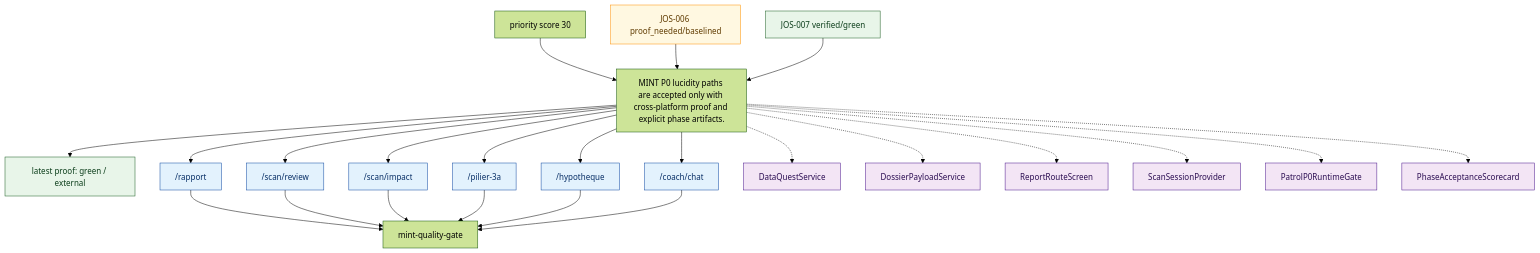
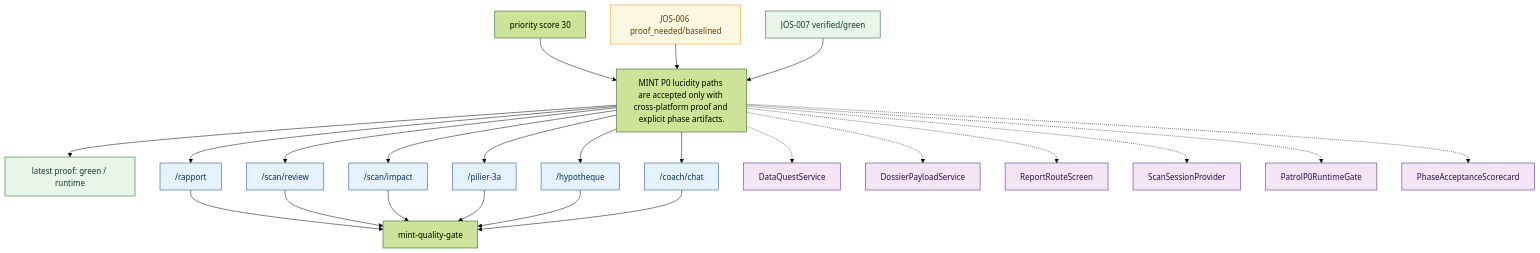
Before and after one commit to MINT-IA/MINT: the diagram in .planning/journeys/diagrams/mint_lucidity_p0_acceptance.mmd, drawn with Mermaid (forest theme). The commit also changed 8 other files, not shown here.

```diff
--- a/.planning/journeys/diagrams/mint_lucidity_p0_acceptance.mmd
+++ b/.planning/journeys/diagrams/mint_lucidity_p0_acceptance.mmd
@@ -1,65 +1,65 @@
 %% Generated from .planning/journeys/records/mint_lucidity_p0_acceptance.json
 flowchart TD
   promise["MINT P0 lucidity paths are accepted only with cross-platform proof and explicit phase artifacts."]
   team["mint-quality-gate"]
-  latest["latest proof: green / external"]
+  latest["latest proof: green / runtime"]
   promise --> latest
   classDef green fill:#e8f5e9,stroke:#1b5e20,color:#0b3d1a;
   classDef red fill:#ffebee,stroke:#b71c1c,color:#5f1111;
   classDef amber fill:#fff8e1,stroke:#ff8f00,color:#5f3b00;
   classDef blocked fill:#eceff1,stroke:#455a64,color:#263238;
   classDef neutral fill:#f5f5f5,stroke:#616161,color:#212121;
   classDef route fill:#e3f2fd,stroke:#0d47a1,color:#082f66;
   classDef surface fill:#f3e5f5,stroke:#4a148c,color:#2b0d52;
   classDef api fill:#e0f2f1,stroke:#00695c,color:#003d35;
   class latest green
   priority["priority score 30"]
   priority --> promise
   route_rapport["/rapport"]
   promise --> route_rapport
   route_rapport --> team
   class route_rapport route
   route_scan_review["/scan/review"]
   promise --> route_scan_review
   route_scan_review --> team
   class route_scan_review route
   route_scan_impact["/scan/impact"]
   promise --> route_scan_impact
   route_scan_impact --> team
   class route_scan_impact route
   route_pilier_3a["/pilier-3a"]
   promise --> route_pilier_3a
   route_pilier_3a --> team
   class route_pilier_3a route
   route_hypotheque["/hypotheque"]
   promise --> route_hypotheque
   route_hypotheque --> team
   class route_hypotheque route
   route_coach_chat["/coach/chat"]
   promise --> route_coach_chat
   route_coach_chat --> team
   class route_coach_chat route
   surface_DataQuestService["DataQuestService"]
   promise -.-> surface_DataQuestService
   class surface_DataQuestService surface
   surface_DossierPayloadService["DossierPayloadService"]
   promise -.-> surface_DossierPayloadService
   class surface_DossierPayloadService surface
   surface_ReportRouteScreen["ReportRouteScreen"]
   promise -.-> surface_ReportRouteScreen
   class surface_ReportRouteScreen surface
   surface_ScanSessionProvider["ScanSessionProvider"]
   promise -.-> surface_ScanSessionProvider
   class surface_ScanSessionProvider surface
   surface_PatrolP0RuntimeGate["PatrolP0RuntimeGate"]
   promise -.-> surface_PatrolP0RuntimeGate
   class surface_PatrolP0RuntimeGate surface
   surface_PhaseAcceptanceScorecard["PhaseAcceptanceScorecard"]
   promise -.-> surface_PhaseAcceptanceScorecard
   class surface_PhaseAcceptanceScorecard surface
   issue_JOS_006["JOS-006 proof_needed/baselined"]
   issue_JOS_006 --> promise
   class issue_JOS_006 amber
   issue_JOS_007["JOS-007 verified/green"]
   issue_JOS_007 --> promise
   class issue_JOS_007 green
```
